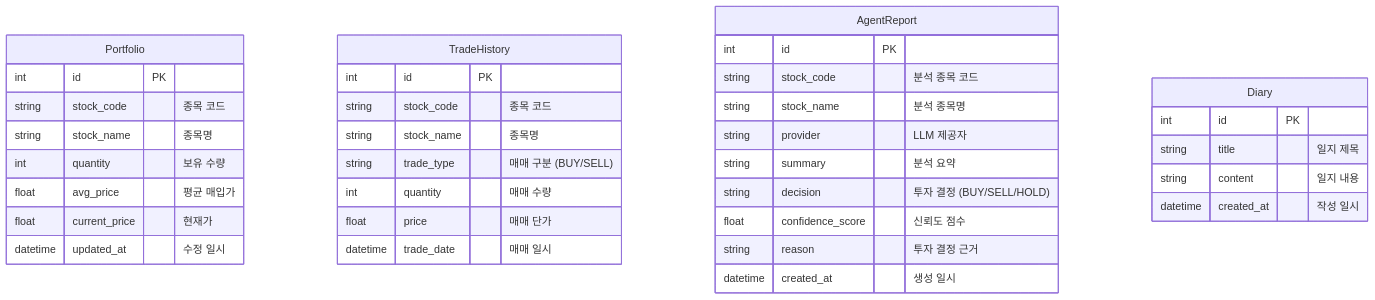
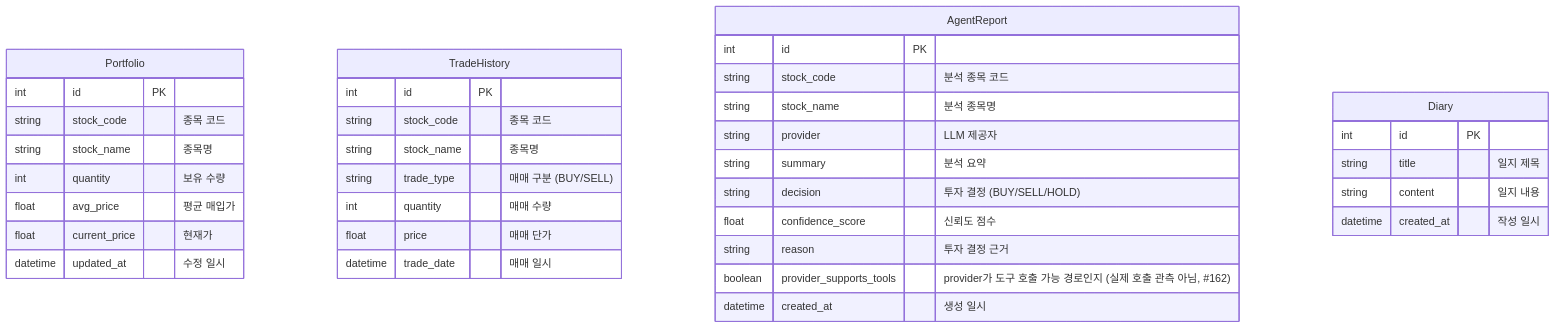
Before and after one commit to FIN-US/fin-us: the diagram in backend/schema_docs.md, drawn with Mermaid. The commit also changed 10 other files, not shown here.

````diff
--- a/backend/schema_docs.md
+++ b/backend/schema_docs.md
@@ -7,38 +7,39 @@
 ```mermaid
 erDiagram
     Portfolio {
         int id PK
         string stock_code "종목 코드"
         string stock_name "종목명"
         int quantity "보유 수량"
         float avg_price "평균 매입가"
         float current_price "현재가"
         datetime updated_at "수정 일시"
     }
     TradeHistory {
         int id PK
         string stock_code "종목 코드"
         string stock_name "종목명"
         string trade_type "매매 구분 (BUY/SELL)"
         int quantity "매매 수량"
         float price "매매 단가"
         datetime trade_date "매매 일시"
     }
     AgentReport {
         int id PK
         string stock_code "분석 종목 코드"
         string stock_name "분석 종목명"
         string provider "LLM 제공자"
         string summary "분석 요약"
         string decision "투자 결정 (BUY/SELL/HOLD)"
         float confidence_score "신뢰도 점수"
         string reason "투자 결정 근거"
+        boolean provider_supports_tools "provider가 도구 호출 가능 경로인지 (실제 호출 관측 아님, #162)"
         datetime created_at "생성 일시"
     }
     Diary {
         int id PK
         string title "일지 제목"
         string content "일지 내용"
         datetime created_at "작성 일시"
     }
 ```
````
